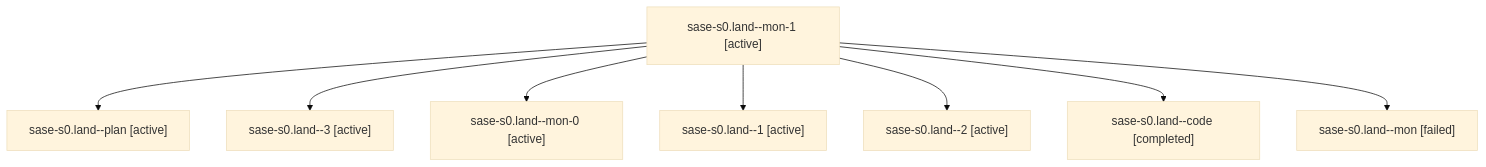
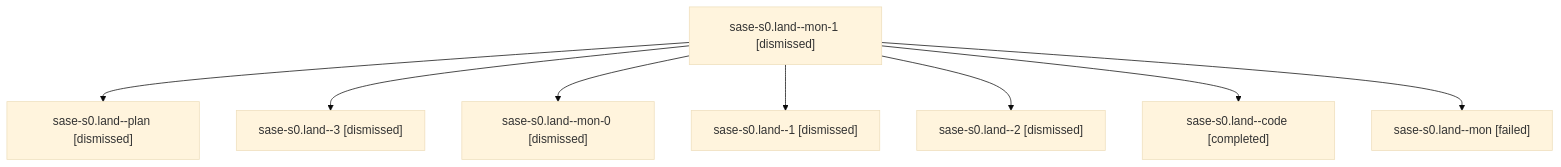
The diagram in sessions/bbugyi200.athena.sase-s0.land.md (sase-org/sase--agents), drawn with Mermaid (base theme) before and after one commit. The commit also changed other lines of this file and 127 other files, not shown here.

````diff
--- a/sessions/bbugyi200.athena.sase-s0.land.md
+++ b/sessions/bbugyi200.athena.sase-s0.land.md
@@ -9,18 +9,18 @@
 ```mermaid
 flowchart TD
-  n0["sase-s0.land--mon-1 [active]"]
-  n1["sase-s0.land--plan [active]"]
+  n0["sase-s0.land--mon-1 [dismissed]"]
+  n1["sase-s0.land--plan [dismissed]"]
   n0 --> n1
-  n2["sase-s0.land--3 [active]"]
+  n2["sase-s0.land--3 [dismissed]"]
   n0 --> n2
-  n3["sase-s0.land--mon-0 [active]"]
+  n3["sase-s0.land--mon-0 [dismissed]"]
   n0 --> n3
-  n4["sase-s0.land--1 [active]"]
+  n4["sase-s0.land--1 [dismissed]"]
   n0 --> n4
-  n5["sase-s0.land--2 [active]"]
+  n5["sase-s0.land--2 [dismissed]"]
   n0 --> n5
   n6["sase-s0.land--code [completed]"]
   n0 --> n6
   n7["sase-s0.land--mon [failed]"]
   n0 --> n7
 ```
````
